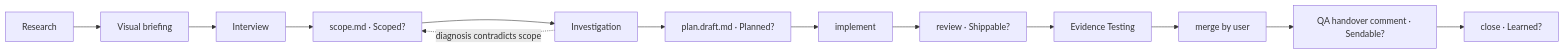
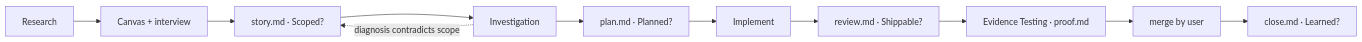
The diagram in plugins/forge/skills/ticket/SKILL.md (alexradunet/forge-engineering), drawn with Mermaid before and after one commit. The commit also changed other lines of this file and 60 other files, not shown here.

````diff
--- a/plugins/forge/skills/ticket/SKILL.md
+++ b/plugins/forge/skills/ticket/SKILL.md
@@ -132,6 +77,6 @@
 ```mermaid
 flowchart LR
-  S[Research] --> B[Visual briefing] --> A[Interview] --> SC[scope.md · Scoped?] --> D[Investigation] --> P[plan.draft.md · Planned?]
-  P --> I[implement] --> R[review · Shippable?] --> E[Evidence Testing] --> M[merge by user] --> Q[QA handover comment · Sendable?] --> C[close · Learned?]
+  S[Research] --> A[Canvas + interview] --> SC[story.md · Scoped?] --> D[Investigation] --> P[plan.md · Planned?]
+  P --> I[Implement] --> R[review.md · Shippable?] --> E[Evidence Testing · proof.md] --> M[merge by user] --> C[close.md · Learned?]
   D -. diagnosis contradicts scope .-> SC
 ```
````
